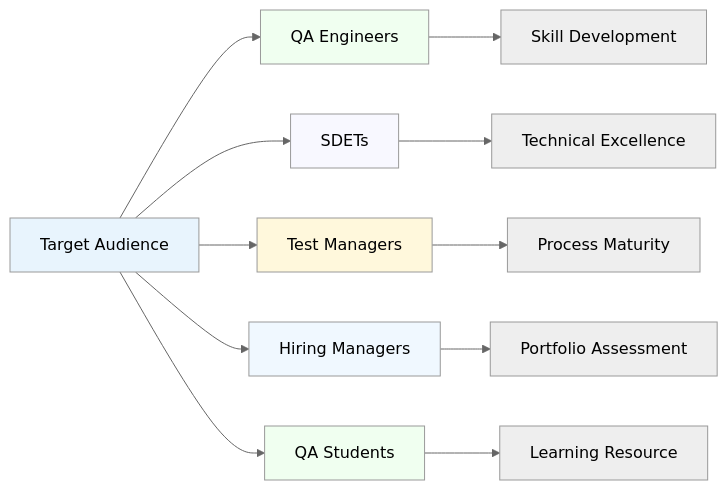
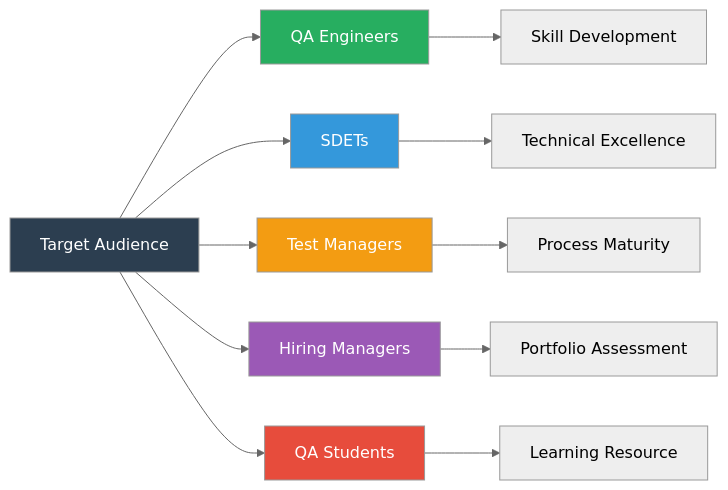
One commit to Tasmimdristy7/qa-lifecycle-suite changed diagram 11 of 12 in visuals/clean-project-overview.md. Above: the diagram before and after it, drawn with Mermaid (neutral theme). The commit also changed other lines of this file and 3 other files, not shown here.

````diff
--- a/visuals/clean-project-overview.md
+++ b/visuals/clean-project-overview.md
@@ -269,21 +269,21 @@
 ```mermaid
 graph LR
     A[Target Audience] --> B[QA Engineers]
     A --> C[SDETs]
     A --> D[Test Managers]
     A --> E[Hiring Managers]
     A --> F[QA Students]
     
     B --> B1[Skill Development]
     C --> C1[Technical Excellence]
     D --> D1[Process Maturity]
     E --> E1[Portfolio Assessment]
     F --> F1[Learning Resource]
     
-    style A fill:#e8f4fd
-    style B fill:#f0fff0
-    style C fill:#f8f8ff
-    style D fill:#fff8dc
-    style E fill:#f0f8ff
-    style F fill:#f0fff0
+    style A fill:#2c3e50,color:#ffffff
+    style B fill:#27ae60,color:#ffffff
+    style C fill:#3498db,color:#ffffff
+    style D fill:#f39c12,color:#ffffff
+    style E fill:#9b59b6,color:#ffffff
+    style F fill:#e74c3c,color:#ffffff
 ```
````
